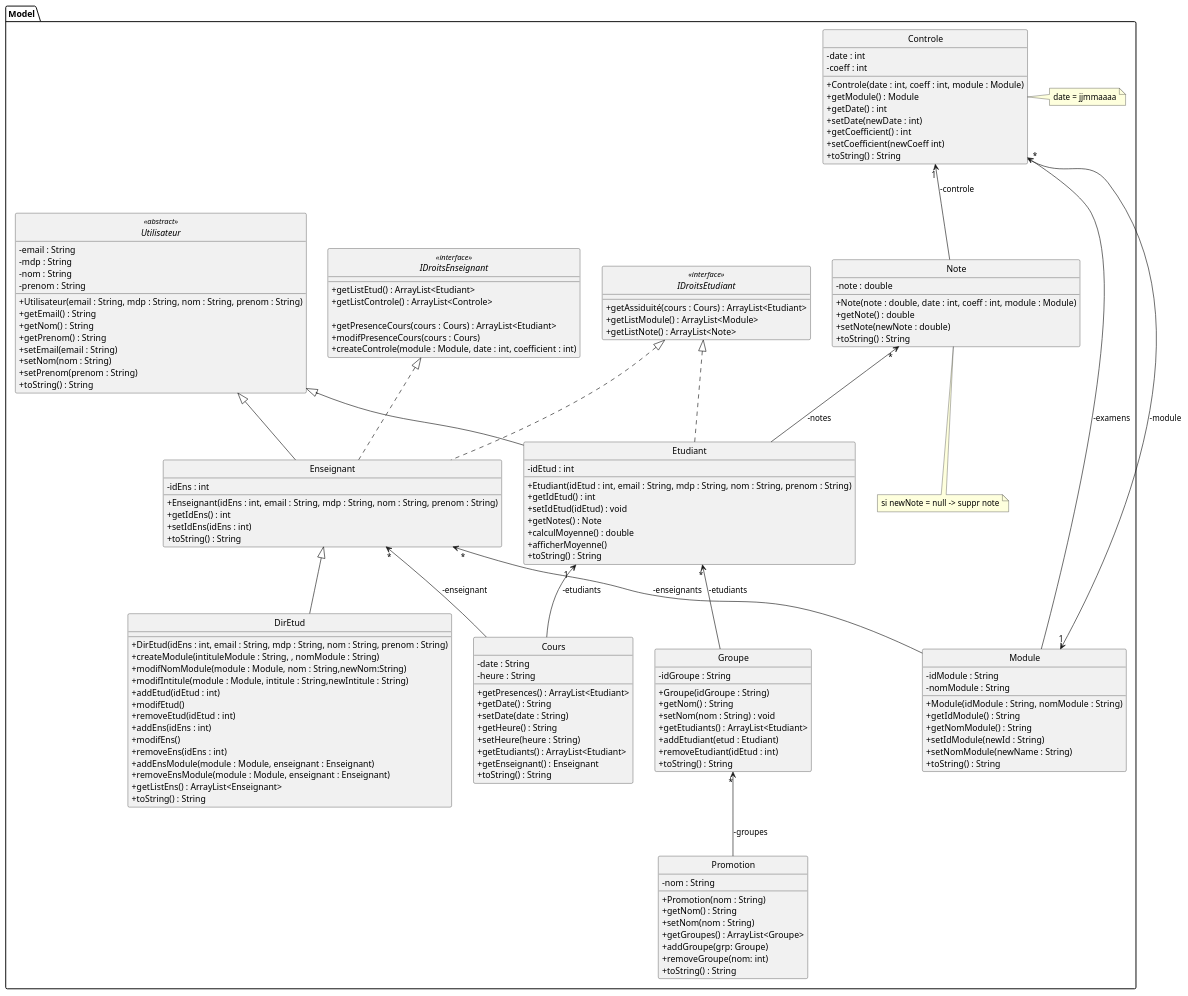
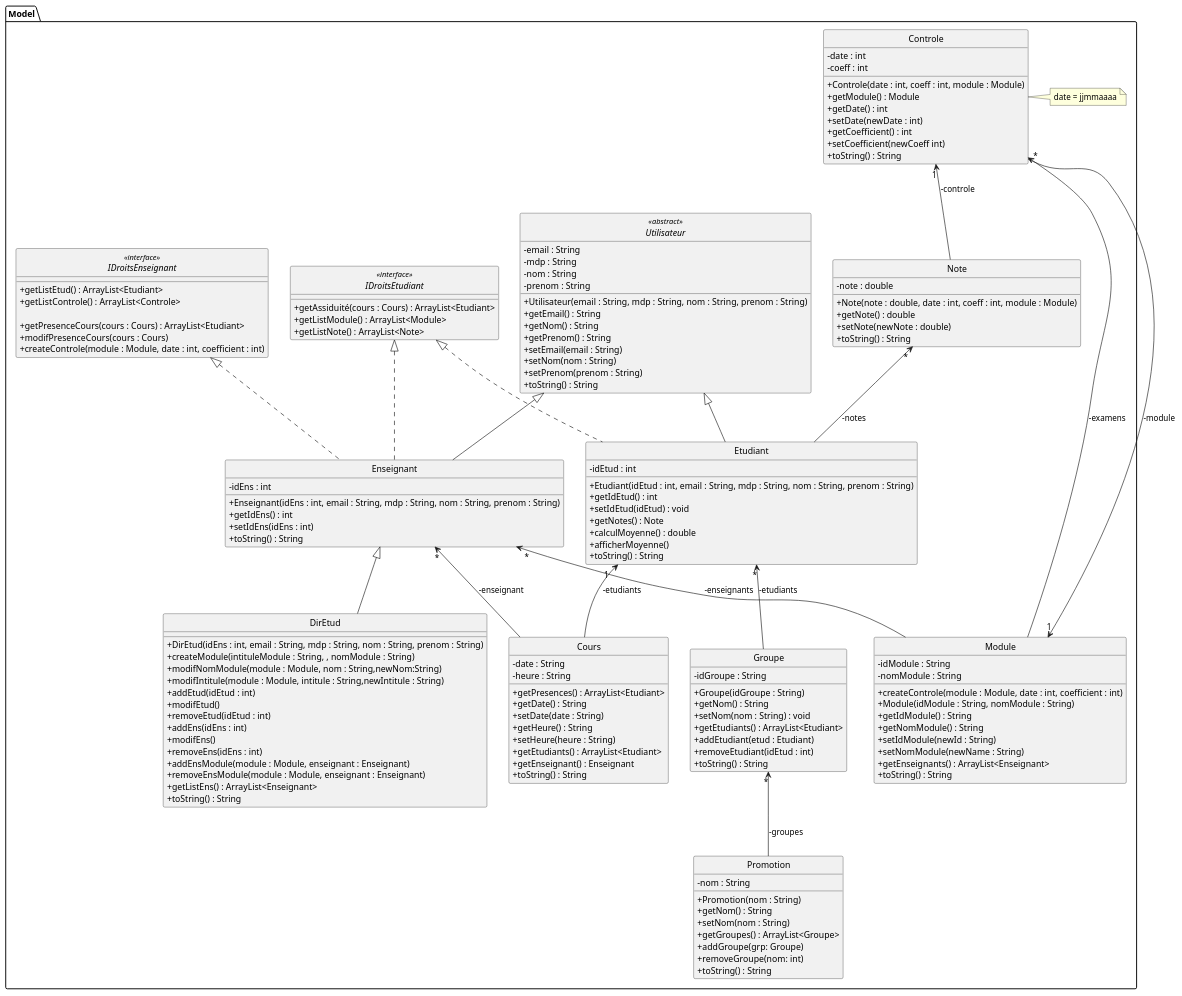
One commit to Lohasta/Kallax changed the diagram in s201_UML.md. Above: the diagram before and after it, drawn with PlantUML.

Commit message:
added methods in class Module

```diff
--- a/s201_UML.md
+++ b/s201_UML.md
@@ -77,11 +77,13 @@
 +class Module{
 -idModule : String
 -nomModule : String
++createControle(module : Module, date : int, coefficient : int)
 +Module(idModule : String, nomModule : String)
 +getIdModule() : String
 +getNomModule() : String
 +setIdModule(newId : String)
 +setNomModule(newName : String)
++getEnseignants() : ArrayList<Enseignant>
 +toString() : String
 }
 
@@ -106,9 +108,6 @@
 +getNote() : double
 +setNote(newNote : double)
 +toString() : String
-}
-note bottom of Note{
-si newNote = null -> suppr note
 }
 
 +class Promotion{
```
